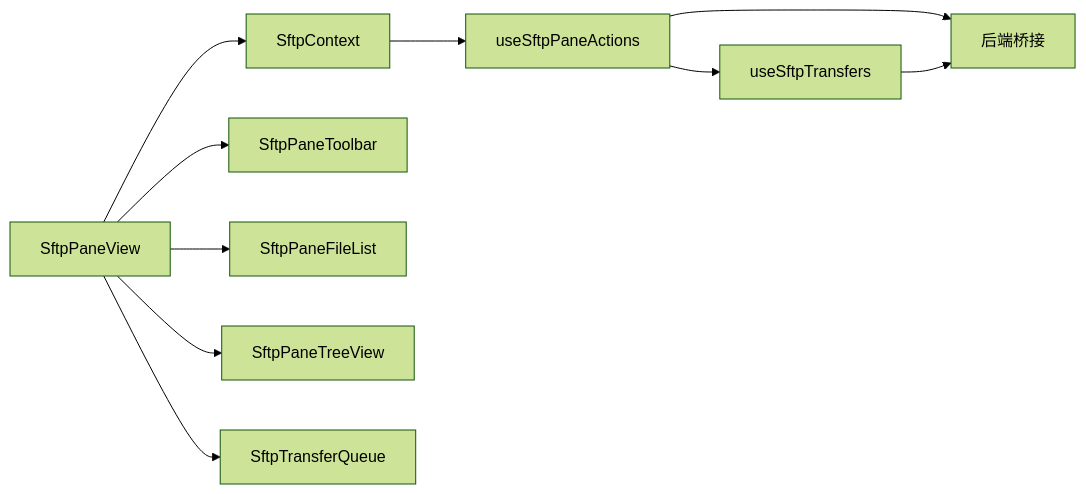
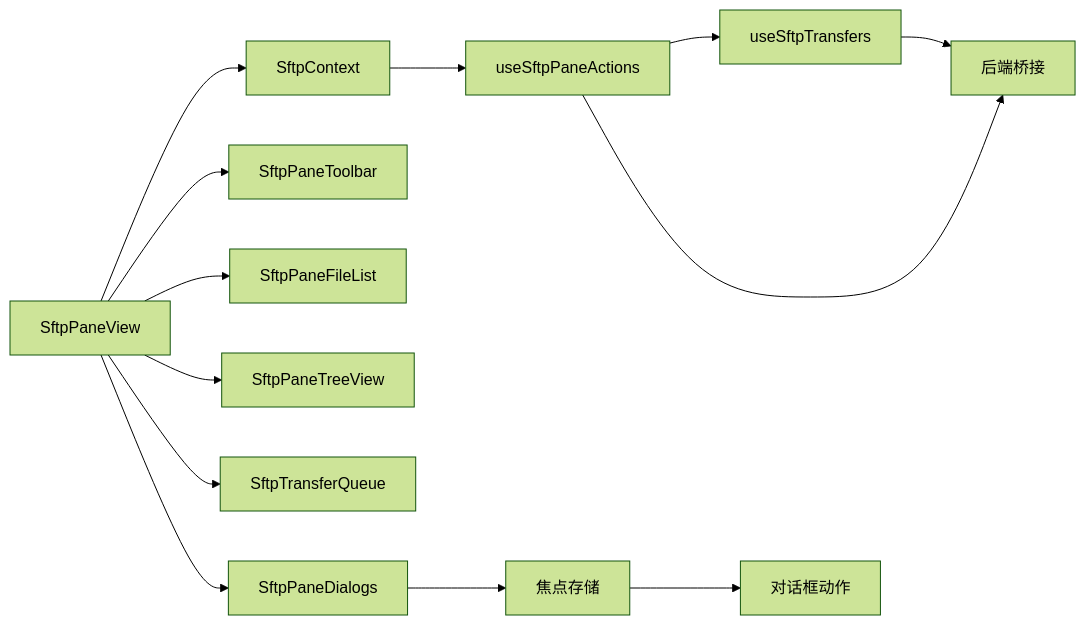
One commit to szeiyou/Netcatty changed diagram 12 of 12 in .qoder/repowiki/zh/content/用户指南/SFTP文件传输/SFTP文件传输.md. Above: the diagram before and after it, drawn with Mermaid (forest theme). The commit also changed other lines of this file and 6 other files, not shown here.

````diff
--- a/.qoder/repowiki/zh/content/用户指南/SFTP文件传输/SFTP文件传输.md
+++ b/.qoder/repowiki/zh/content/用户指南/SFTP文件传输/SFTP文件传输.md
@@ -343,12 +442,15 @@
 ```mermaid
 graph LR
 SftpPaneView["SftpPaneView"] --> SftpContext["SftpContext"]
 SftpPaneView --> SftpPaneToolbar["SftpPaneToolbar"]
 SftpPaneView --> SftpPaneFileList["SftpPaneFileList"]
 SftpPaneView --> SftpPaneTreeView["SftpPaneTreeView"]
 SftpPaneView --> SftpTransferQueue["SftpTransferQueue"]
+SftpPaneView --> SftpPaneDialogs["SftpPaneDialogs"]
 SftpContext --> useSftpPaneActions["useSftpPaneActions"]
 useSftpPaneActions --> useSftpTransfers["useSftpTransfers"]
 useSftpPaneActions --> Bridge["后端桥接"]
 useSftpTransfers --> Bridge
+SftpPaneDialogs --> FocusStore["焦点存储"]
+FocusStore --> DialogAction["对话框动作"]
 ```
````
